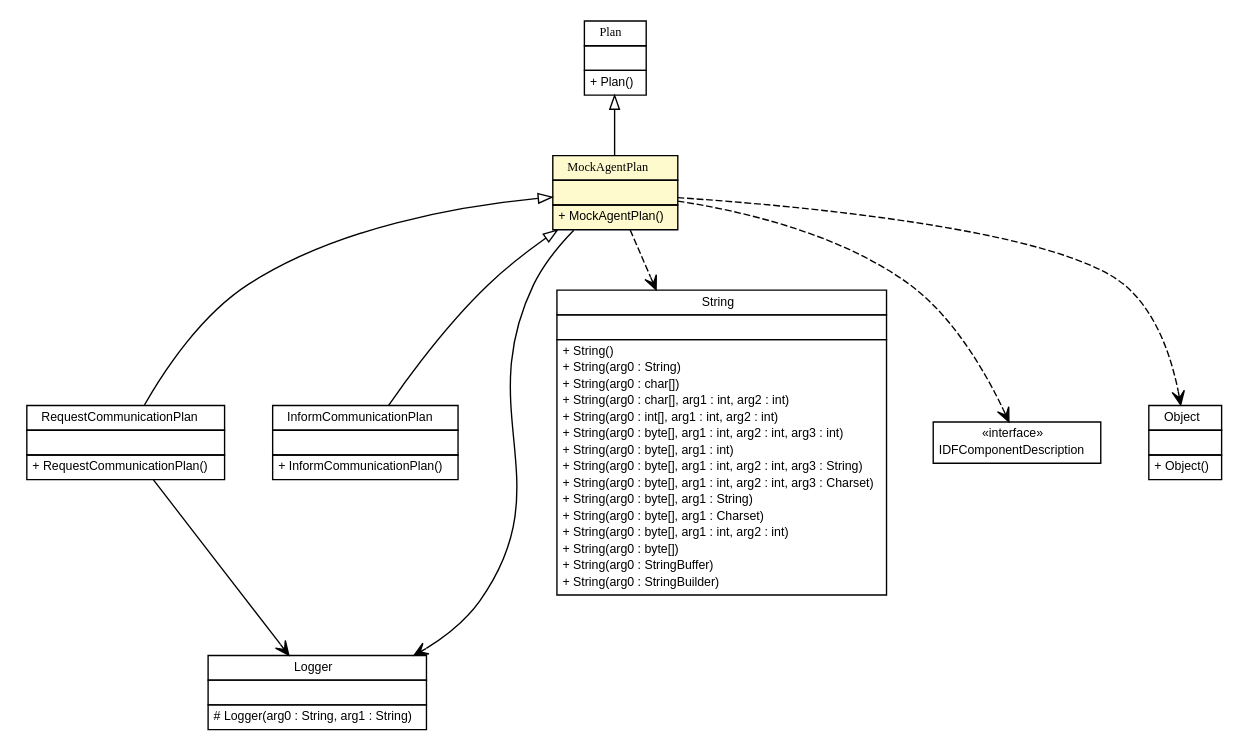
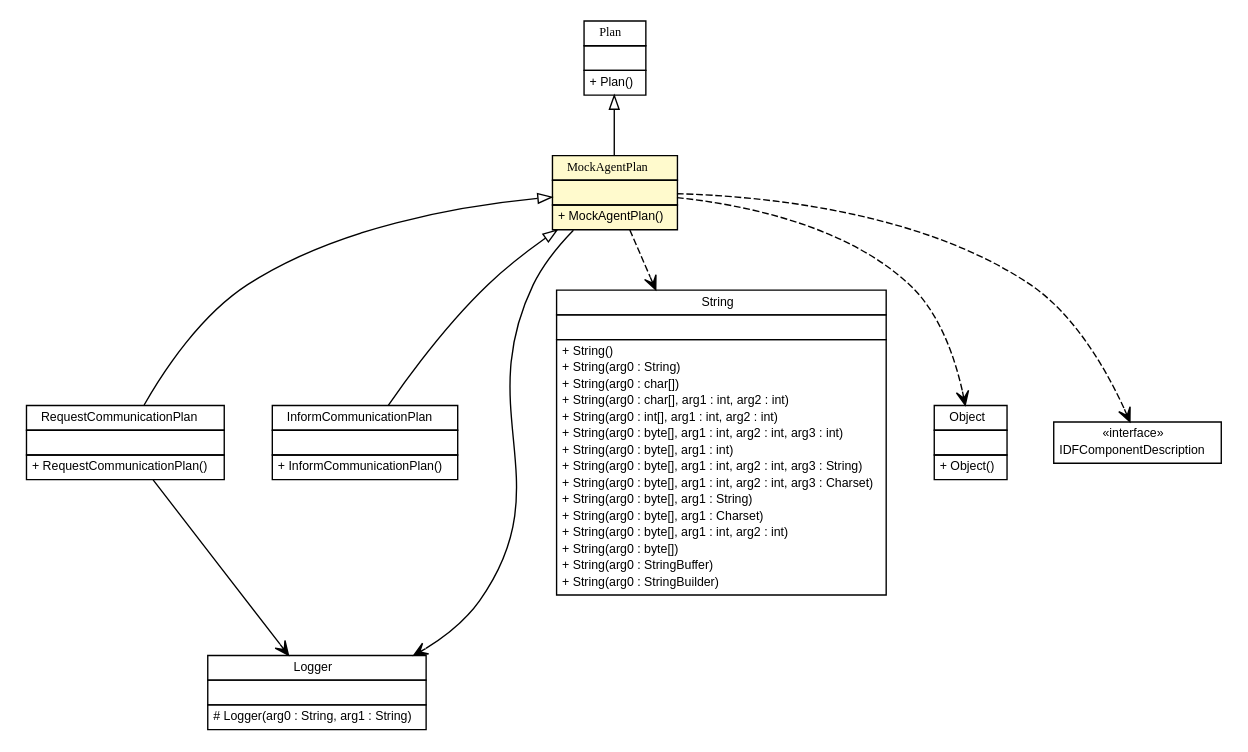
The diagram in apidocs/es/upm/dit/gsi/beast/mock/jadex/common/MockAgentPlan.dot (gsi-upm/BeastTool), drawn with Graphviz before and after one commit. The commit also changed 418 other files, not shown here.

```diff
--- a/apidocs/es/upm/dit/gsi/beast/mock/jadex/common/MockAgentPlan.dot
+++ b/apidocs/es/upm/dit/gsi/beast/mock/jadex/common/MockAgentPlan.dot
@@ -1,133 +1,133 @@
 #!/usr/local/bin/dot
 #
 # Class diagram 
 # Generated by UMLGraph version 5.1 (http://www.umlgraph.org/)
 #
 
 digraph G {
 	edge [fontname="arial",fontsize=10,labelfontname="arial",labelfontsize=10];
 	node [fontname="arial",fontsize=10,shape=plaintext];
 	nodesep=0.25;
 	ranksep=0.5;
 	// es.upm.dit.gsi.beast.mock.jadex.bridgeMock.RequestCommunicationPlan
 	c1371 [label=<<table title="es.upm.dit.gsi.beast.mock.jadex.bridgeMock.RequestCommunicationPlan" border="0" cellborder="1" cellspacing="0" cellpadding="2" port="p" href="../bridgeMock/RequestCommunicationPlan.html">
 		<tr><td><table border="0" cellspacing="0" cellpadding="1">
 <tr><td align="center" balign="center"> RequestCommunicationPlan </td></tr>
 		</table></td></tr>
 		<tr><td><table border="0" cellspacing="0" cellpadding="1">
 <tr><td align="left" balign="left">  </td></tr>
 		</table></td></tr>
 		<tr><td><table border="0" cellspacing="0" cellpadding="1">
 <tr><td align="left" balign="left"> + RequestCommunicationPlan() </td></tr>
 		</table></td></tr>
 		</table>>, fontname="arial", fontcolor="black", fontsize=9.0];
 	// es.upm.dit.gsi.beast.mock.jadex.bridgeMock.InformCommunicationPlan
 	c1372 [label=<<table title="es.upm.dit.gsi.beast.mock.jadex.bridgeMock.InformCommunicationPlan" border="0" cellborder="1" cellspacing="0" cellpadding="2" port="p" href="../bridgeMock/InformCommunicationPlan.html">
 		<tr><td><table border="0" cellspacing="0" cellpadding="1">
 <tr><td align="center" balign="center"> InformCommunicationPlan </td></tr>
 		</table></td></tr>
 		<tr><td><table border="0" cellspacing="0" cellpadding="1">
 <tr><td align="left" balign="left">  </td></tr>
 		</table></td></tr>
 		<tr><td><table border="0" cellspacing="0" cellpadding="1">
 <tr><td align="left" balign="left"> + InformCommunicationPlan() </td></tr>
 		</table></td></tr>
 		</table>>, fontname="arial", fontcolor="black", fontsize=9.0];
 	// es.upm.dit.gsi.beast.mock.jadex.common.MockAgentPlan
 	c1374 [label=<<table title="es.upm.dit.gsi.beast.mock.jadex.common.MockAgentPlan" border="0" cellborder="1" cellspacing="0" cellpadding="2" port="p" bgcolor="lemonChiffon" href="./MockAgentPlan.html">
 		<tr><td><table border="0" cellspacing="0" cellpadding="1">
 <tr><td align="center" balign="center"><font face="ariali"> MockAgentPlan </font></td></tr>
 		</table></td></tr>
 		<tr><td><table border="0" cellspacing="0" cellpadding="1">
 <tr><td align="left" balign="left">  </td></tr>
 		</table></td></tr>
 		<tr><td><table border="0" cellspacing="0" cellpadding="1">
 <tr><td align="left" balign="left"> + MockAgentPlan() </td></tr>
 		</table></td></tr>
 		</table>>, fontname="arial", fontcolor="black", fontsize=9.0];
 	//es.upm.dit.gsi.beast.mock.jadex.bridgeMock.RequestCommunicationPlan extends es.upm.dit.gsi.beast.mock.jadex.common.MockAgentPlan
 	c1374:p -> c1371:p [dir=back,arrowtail=empty];
 	//es.upm.dit.gsi.beast.mock.jadex.bridgeMock.InformCommunicationPlan extends es.upm.dit.gsi.beast.mock.jadex.common.MockAgentPlan
 	c1374:p -> c1372:p [dir=back,arrowtail=empty];
 	//es.upm.dit.gsi.beast.mock.jadex.common.MockAgentPlan extends jadex.bdi.runtime.Plan
 	c1400:p -> c1374:p [dir=back,arrowtail=empty];
 	// es.upm.dit.gsi.beast.mock.jadex.bridgeMock.RequestCommunicationPlan NAVASSOC java.util.logging.Logger
 	c1371:p -> c1401:p [taillabel="", label="", headlabel="", fontname="arial", fontcolor="black", fontsize=10.0, color="black", arrowhead=open];
 	// es.upm.dit.gsi.beast.mock.jadex.common.MockAgentPlan NAVASSOC java.util.logging.Logger
 	c1374:p -> c1401:p [taillabel="", label="", headlabel="", fontname="arial", fontcolor="black", fontsize=10.0, color="black", arrowhead=open];
 	// es.upm.dit.gsi.beast.mock.jadex.common.MockAgentPlan DEPEND java.lang.String
 	c1374:p -> c1402:p [taillabel="", label="", headlabel="", fontname="arial", fontcolor="black", fontsize=10.0, color="black", arrowhead=open, style=dashed];
+	// es.upm.dit.gsi.beast.mock.jadex.common.MockAgentPlan DEPEND java.lang.Object
+	c1374:p -> c1403:p [taillabel="", label="", headlabel="", fontname="arial", fontcolor="black", fontsize=10.0, color="black", arrowhead=open, style=dashed];
 	// es.upm.dit.gsi.beast.mock.jadex.common.MockAgentPlan DEPEND jadex.base.fipa.IDFComponentDescription
-	c1374:p -> c1403:p [taillabel="", label="", headlabel="", fontname="arial", fontcolor="black", fontsize=10.0, color="black", arrowhead=open, style=dashed];
-	// es.upm.dit.gsi.beast.mock.jadex.common.MockAgentPlan DEPEND java.lang.Object
 	c1374:p -> c1404:p [taillabel="", label="", headlabel="", fontname="arial", fontcolor="black", fontsize=10.0, color="black", arrowhead=open, style=dashed];
 	// java.lang.Object
-	c1404 [label=<<table title="java.lang.Object" border="0" cellborder="1" cellspacing="0" cellpadding="2" port="p" href="http://java.sun.com/j2se/1.4.2/docs/api/java/lang/Object.html">
+	c1403 [label=<<table title="java.lang.Object" border="0" cellborder="1" cellspacing="0" cellpadding="2" port="p" href="http://java.sun.com/j2se/1.4.2/docs/api/java/lang/Object.html">
 		<tr><td><table border="0" cellspacing="0" cellpadding="1">
 <tr><td align="center" balign="center"> Object </td></tr>
 		</table></td></tr>
 		<tr><td><table border="0" cellspacing="0" cellpadding="1">
 <tr><td align="left" balign="left">  </td></tr>
 		</table></td></tr>
 		<tr><td><table border="0" cellspacing="0" cellpadding="1">
 <tr><td align="left" balign="left"> + Object() </td></tr>
 		</table></td></tr>
 		</table>>, fontname="arial", fontcolor="black", fontsize=9.0];
 	// jadex.base.fipa.IDFComponentDescription
-	c1403 [label=<<table title="jadex.base.fipa.IDFComponentDescription" border="0" cellborder="1" cellspacing="0" cellpadding="2" port="p" href="http://java.sun.com/j2se/1.4.2/docs/api/jadex/base/fipa/IDFComponentDescription.html">
+	c1404 [label=<<table title="jadex.base.fipa.IDFComponentDescription" border="0" cellborder="1" cellspacing="0" cellpadding="2" port="p" href="http://java.sun.com/j2se/1.4.2/docs/api/jadex/base/fipa/IDFComponentDescription.html">
 		<tr><td><table border="0" cellspacing="0" cellpadding="1">
 <tr><td align="center" balign="center"> &#171;interface&#187; </td></tr>
 <tr><td align="center" balign="center"> IDFComponentDescription </td></tr>
 		</table></td></tr>
 		</table>>, fontname="arial", fontcolor="black", fontsize=9.0];
 	// java.lang.String
 	c1402 [label=<<table title="java.lang.String" border="0" cellborder="1" cellspacing="0" cellpadding="2" port="p" href="http://java.sun.com/j2se/1.4.2/docs/api/java/lang/String.html">
 		<tr><td><table border="0" cellspacing="0" cellpadding="1">
 <tr><td align="center" balign="center"> String </td></tr>
 		</table></td></tr>
 		<tr><td><table border="0" cellspacing="0" cellpadding="1">
 <tr><td align="left" balign="left">  </td></tr>
 		</table></td></tr>
 		<tr><td><table border="0" cellspacing="0" cellpadding="1">
 <tr><td align="left" balign="left"> + String() </td></tr>
 <tr><td align="left" balign="left"> + String(arg0 : String) </td></tr>
 <tr><td align="left" balign="left"> + String(arg0 : char[]) </td></tr>
 <tr><td align="left" balign="left"> + String(arg0 : char[], arg1 : int, arg2 : int) </td></tr>
 <tr><td align="left" balign="left"> + String(arg0 : int[], arg1 : int, arg2 : int) </td></tr>
 <tr><td align="left" balign="left"> + String(arg0 : byte[], arg1 : int, arg2 : int, arg3 : int) </td></tr>
 <tr><td align="left" balign="left"> + String(arg0 : byte[], arg1 : int) </td></tr>
 <tr><td align="left" balign="left"> + String(arg0 : byte[], arg1 : int, arg2 : int, arg3 : String) </td></tr>
 <tr><td align="left" balign="left"> + String(arg0 : byte[], arg1 : int, arg2 : int, arg3 : Charset) </td></tr>
 <tr><td align="left" balign="left"> + String(arg0 : byte[], arg1 : String) </td></tr>
 <tr><td align="left" balign="left"> + String(arg0 : byte[], arg1 : Charset) </td></tr>
 <tr><td align="left" balign="left"> + String(arg0 : byte[], arg1 : int, arg2 : int) </td></tr>
 <tr><td align="left" balign="left"> + String(arg0 : byte[]) </td></tr>
 <tr><td align="left" balign="left"> + String(arg0 : StringBuffer) </td></tr>
 <tr><td align="left" balign="left"> + String(arg0 : StringBuilder) </td></tr>
 		</table></td></tr>
 		</table>>, fontname="arial", fontcolor="black", fontsize=9.0];
 	// java.util.logging.Logger
 	c1401 [label=<<table title="java.util.logging.Logger" border="0" cellborder="1" cellspacing="0" cellpadding="2" port="p" href="http://java.sun.com/j2se/1.4.2/docs/api/java/util/logging/Logger.html">
 		<tr><td><table border="0" cellspacing="0" cellpadding="1">
 <tr><td align="center" balign="center"> Logger </td></tr>
 		</table></td></tr>
 		<tr><td><table border="0" cellspacing="0" cellpadding="1">
 <tr><td align="left" balign="left">  </td></tr>
 		</table></td></tr>
 		<tr><td><table border="0" cellspacing="0" cellpadding="1">
 <tr><td align="left" balign="left"> # Logger(arg0 : String, arg1 : String) </td></tr>
 		</table></td></tr>
 		</table>>, fontname="arial", fontcolor="black", fontsize=9.0];
 	// jadex.bdi.runtime.Plan
 	c1400 [label=<<table title="jadex.bdi.runtime.Plan" border="0" cellborder="1" cellspacing="0" cellpadding="2" port="p" href="http://java.sun.com/j2se/1.4.2/docs/api/jadex/bdi/runtime/Plan.html">
 		<tr><td><table border="0" cellspacing="0" cellpadding="1">
 <tr><td align="center" balign="center"><font face="ariali"> Plan </font></td></tr>
 		</table></td></tr>
 		<tr><td><table border="0" cellspacing="0" cellpadding="1">
 <tr><td align="left" balign="left">  </td></tr>
 		</table></td></tr>
 		<tr><td><table border="0" cellspacing="0" cellpadding="1">
 <tr><td align="left" balign="left"> + Plan() </td></tr>
 		</table></td></tr>
 		</table>>, fontname="arial", fontcolor="black", fontsize=9.0];
 }
```
